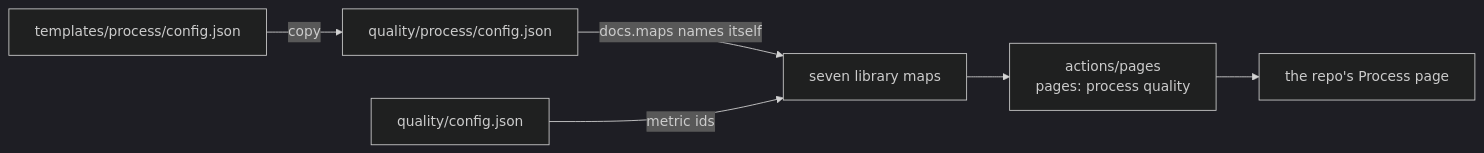
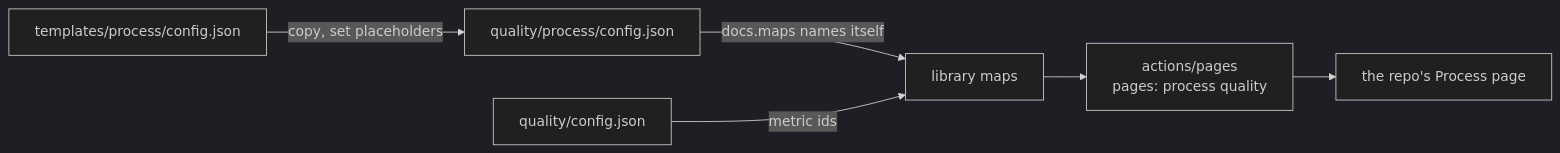
One commit to SoulCraft-Org/git-crafter changed the diagram in templates/process/README.md. Above: the diagram before and after it, drawn with Mermaid (dark theme). The commit also changed other lines of this file and 2 other files, not shown here.

Commit message:
Process starter: every placeholder and key named, every library map listed with its token, a test

````diff
--- a/templates/process/README.md
+++ b/templates/process/README.md
@@ -5,7 +5,7 @@
 ```mermaid
 flowchart LR
-  S[templates/process/config.json] -->|copy| C[quality/process/config.json]
-  C -->|docs.maps names itself| M[seven library maps]
+  S[templates/process/config.json] -->|copy, set placeholders| C[quality/process/config.json]
+  C -->|docs.maps names itself| M[library maps]
   Q[quality/config.json] -->|metric ids| M
   M --> A[actions/pages<br/>pages: process quality] --> P[the repo's Process page]
 ```
````
